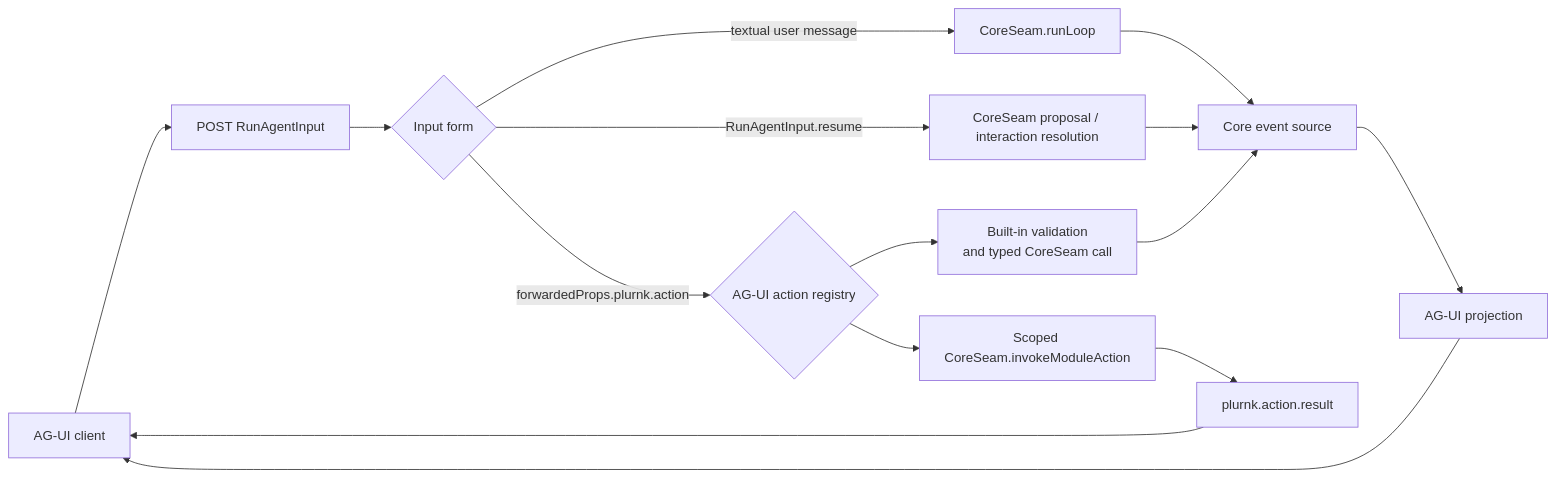
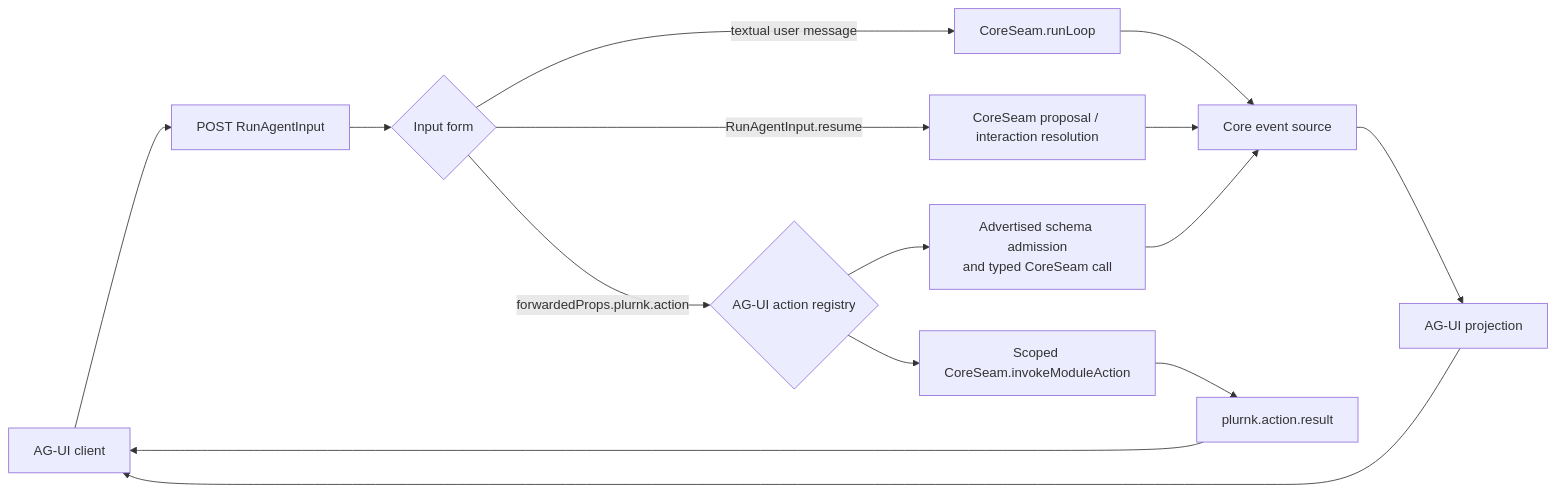
One commit to plurnk/plurnk-service changed the diagram in plurnk-agui/SPEC.md. Above: the diagram before and after it, drawn with Mermaid. The commit also changed other lines of this file and 34 other files, not shown here.

````diff
--- a/plurnk-agui/SPEC.md
+++ b/plurnk-agui/SPEC.md
@@ -188,17 +188,17 @@
 ```mermaid
 flowchart LR
     client["AG-UI client"] --> run["POST RunAgentInput"]
     run --> classify{"Input form"}
     classify -->|"textual user message"| loop["CoreSeam.runLoop"]
     classify -->|"RunAgentInput.resume"| resume["CoreSeam proposal / interaction resolution"]
     classify -->|"forwardedProps.plurnk.action"| actions{"AG-UI action registry"}
-    actions --> builtIn["Built-in validation<br/>and typed CoreSeam call"]
+    actions --> builtIn["Advertised schema admission<br/>and typed CoreSeam call"]
     actions --> extension["Scoped CoreSeam.invokeModuleAction"]
     loop --> events["Core event source"]
     resume --> events
     builtIn --> events
     events --> projection["AG-UI projection"]
     extension --> result["plurnk.action.result"]
     projection --> client
     result --> client
 ```
````
